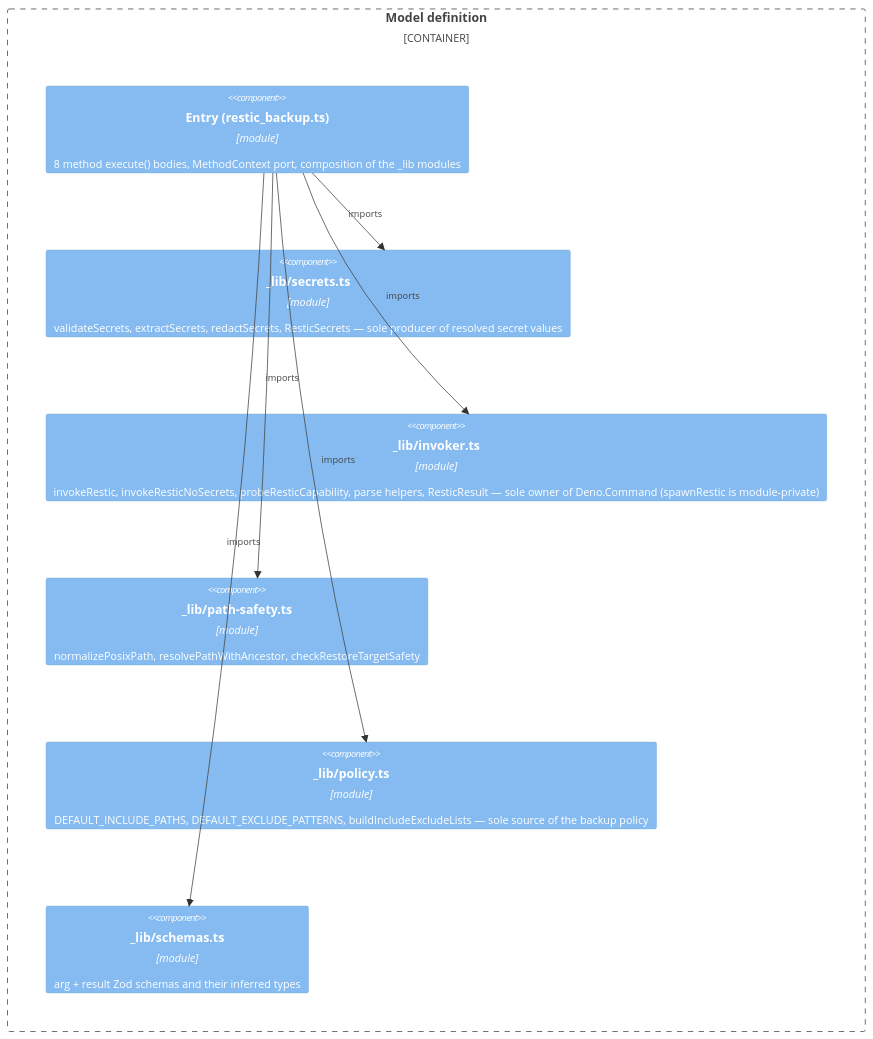
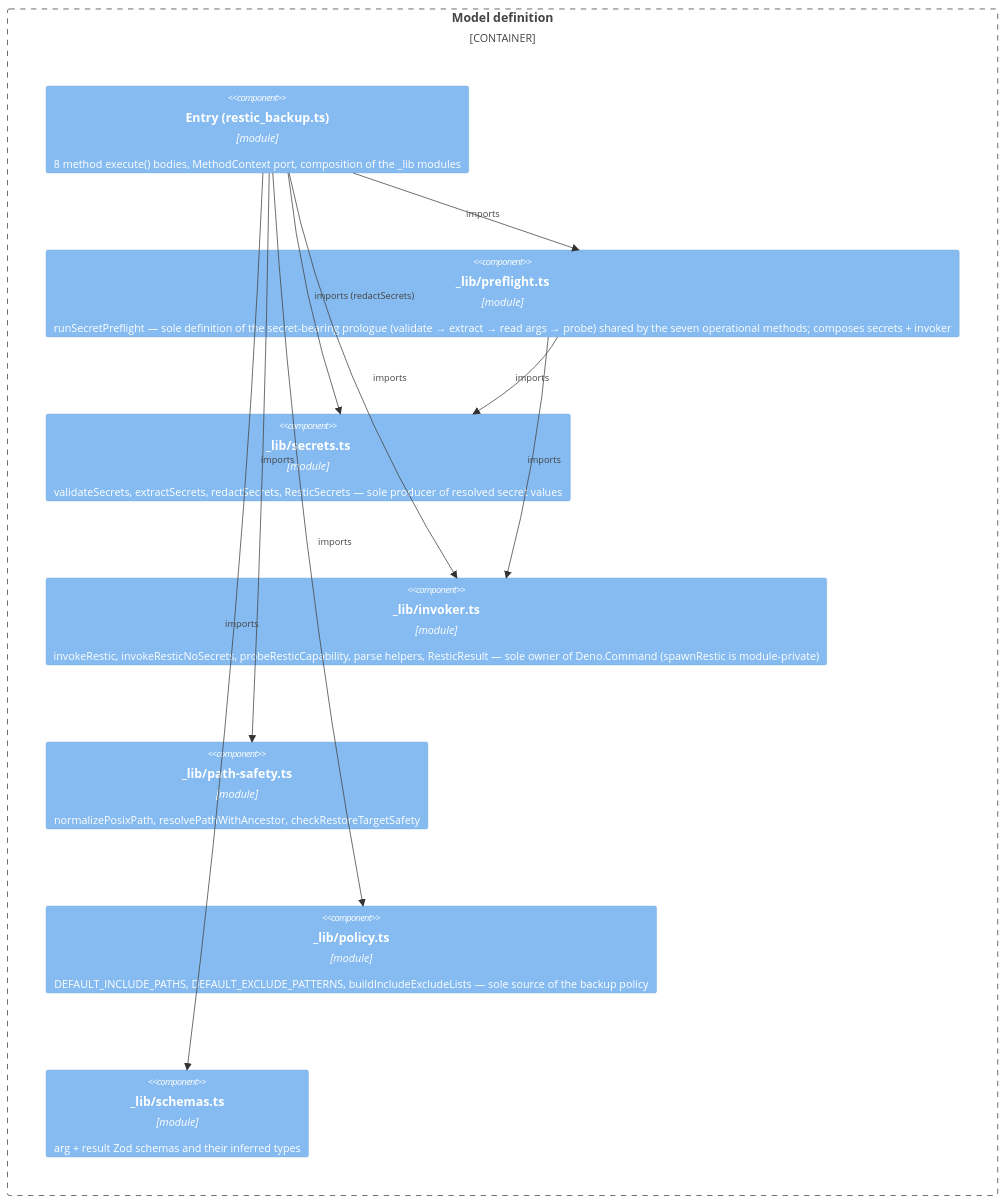
One commit to Atalanta/swamp-restic-backup changed the third of 3 diagrams in docs/architecture.md. Above: the diagram before and after it, drawn with Mermaid. The commit also changed other lines of this file and 4 other files, not shown here.

First line of the commit message:
[ISSUE-7] Refactor: Extract repeated method prologue into preflight

````diff
--- a/docs/architecture.md
+++ b/docs/architecture.md
@@ -54,17 +54,21 @@
 ```mermaid
 C4Component
     Container_Boundary(model, "Model definition") {
         Component(methods, "Entry (restic_backup.ts)", "module", "8 method execute() bodies, MethodContext port, composition of the _lib modules")
+        Component(preflight, "_lib/preflight.ts", "module", "runSecretPreflight — sole definition of the secret-bearing prologue (validate → extract → read args → probe) shared by the seven operational methods; composes secrets + invoker")
         Component(secrets, "_lib/secrets.ts", "module", "validateSecrets, extractSecrets, redactSecrets, ResticSecrets — sole producer of resolved secret values")
         Component(invoker, "_lib/invoker.ts", "module", "invokeRestic, invokeResticNoSecrets, probeResticCapability, parse helpers, ResticResult — sole owner of Deno.Command (spawnRestic is module-private)")
         Component(pathsafety, "_lib/path-safety.ts", "module", "normalizePosixPath, resolvePathWithAncestor, checkRestoreTargetSafety")
         Component(policy, "_lib/policy.ts", "module", "DEFAULT_INCLUDE_PATHS, DEFAULT_EXCLUDE_PATTERNS, buildIncludeExcludeLists — sole source of the backup policy")
         Component(schemas, "_lib/schemas.ts", "module", "arg + result Zod schemas and their inferred types")
     }
 
-    Rel(methods, secrets, "imports")
+    Rel(methods, preflight, "imports")
+    Rel(methods, secrets, "imports (redactSecrets)")
     Rel(methods, invoker, "imports")
     Rel(methods, pathsafety, "imports")
     Rel(methods, policy, "imports")
     Rel(methods, schemas, "imports")
+    Rel(preflight, secrets, "imports")
+    Rel(preflight, invoker, "imports")
 ```
````
